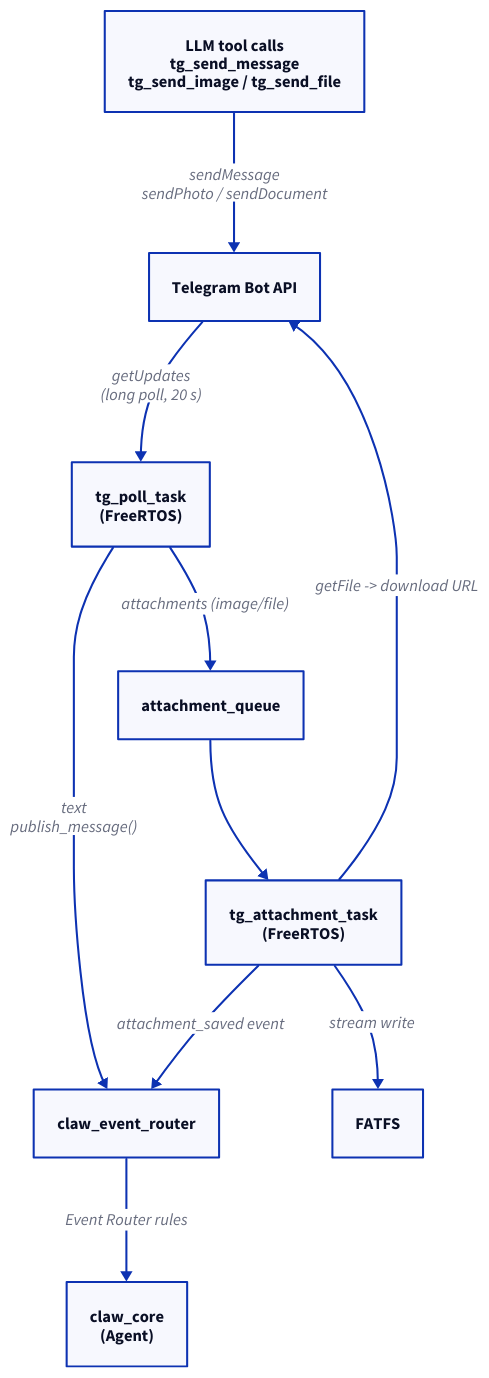
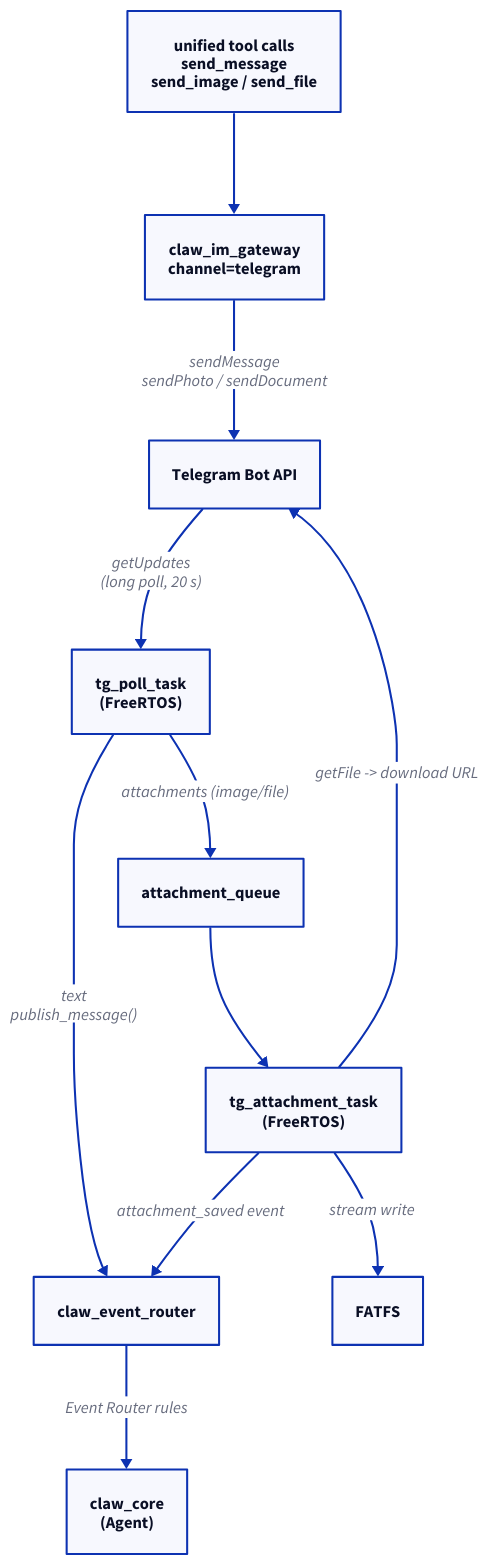
The second of 2 diagrams in docs/src/content/docs/en/reference-cap/cap-im-platform.mdx (Asfixious/esp-claw), drawn with D2 before and after one commit. The commit also changed other lines of this file and 40 other files, not shown here.

````diff
--- a/docs/src/content/docs/en/reference-cap/cap-im-platform.mdx
+++ b/docs/src/content/docs/en/reference-cap/cap-im-platform.mdx
@@ -94,21 +107,23 @@
 ```d2
 tg_api: "Telegram Bot API"
 poll_task: "tg_poll_task\n(FreeRTOS)"
 router: "claw_event_router"
 core: "claw_core\n(Agent)"
 attach_queue: "attachment_queue"
 attach_task: "tg_attachment_task\n(FreeRTOS)"
 fatfs: "FATFS"
 
 tg_api -> poll_task: "getUpdates\n(long poll, 20 s)"
 poll_task -> router: "text\npublish_message()"
 router -> core: "Event Router rules"
 poll_task -> attach_queue: "attachments (image/file)"
 attach_queue -> attach_task
 attach_task -> tg_api: "getFile -> download URL"
 attach_task -> fatfs: "stream write"
 attach_task -> router: "attachment_saved event"
 
-llm_call: "LLM tool calls\ntg_send_message\ntg_send_image / tg_send_file"
-llm_call -> tg_api: "sendMessage\nsendPhoto / sendDocument"
+llm_call: "unified tool calls\nsend_message\nsend_image / send_file"
+gateway: "claw_im_gateway\nchannel=telegram"
+llm_call -> gateway
+gateway -> tg_api: "sendMessage\nsendPhoto / sendDocument"
 ```
````
